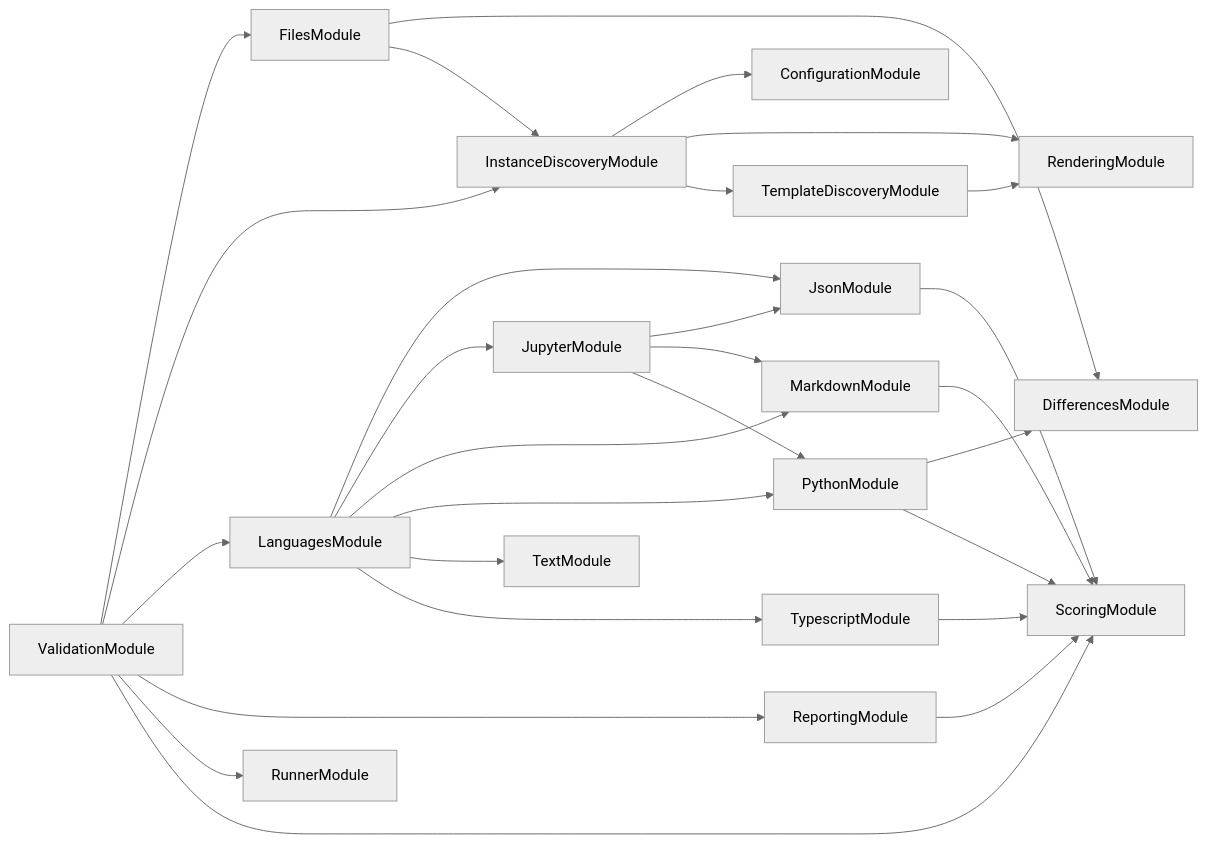
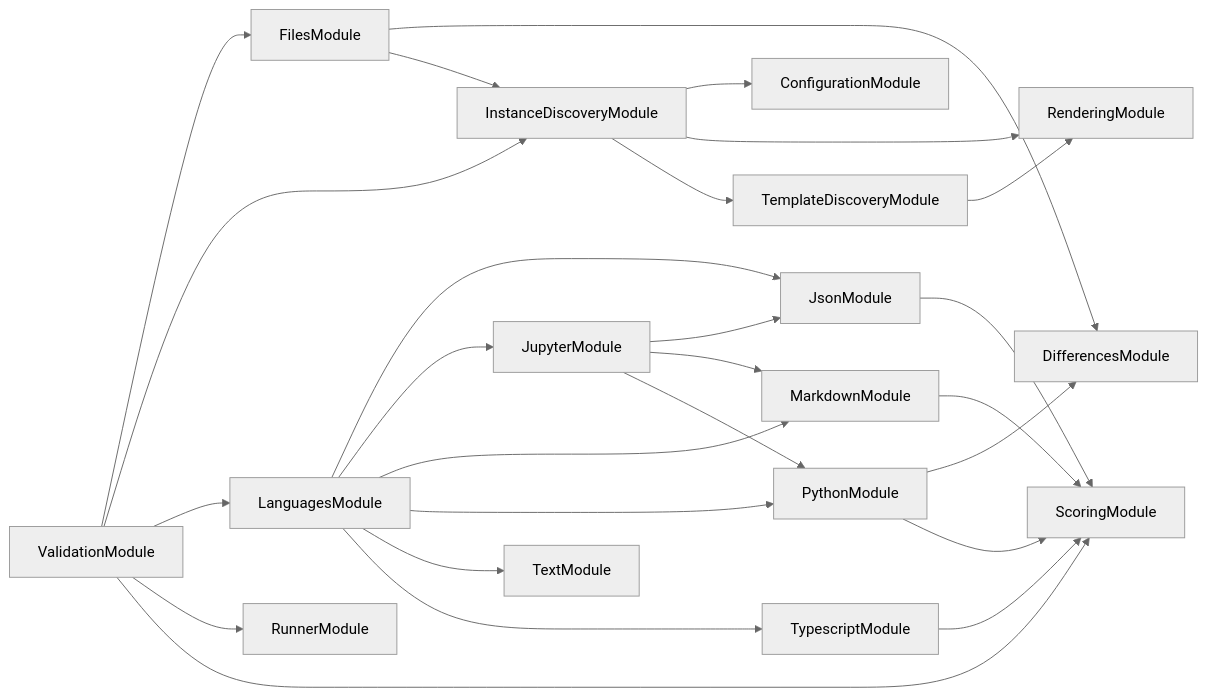
Before and after one commit to JimmyPaolini/codebase: the second of 3 diagrams in packages/ic-suite/conformetry/conformetry-validation/README.md, drawn with Mermaid (neutral theme). The commit also changed other lines of this file and 164 other files, not shown here.

````diff
--- a/packages/ic-suite/conformetry/conformetry-validation/README.md
+++ b/packages/ic-suite/conformetry/conformetry-validation/README.md
@@ -187,47 +189,44 @@
 ```mermaid
 flowchart LR
   ConfigurationModule
   DifferencesModule
   FilesModule
   InstanceDiscoveryModule
   JsonModule
   JupyterModule
   LanguagesModule
   MarkdownModule
   PythonModule
   RenderingModule
-  ReportingModule
   RunnerModule
   ScoringModule
   TemplateDiscoveryModule
   TextModule
   TypescriptModule
   ValidationModule
   FilesModule --> DifferencesModule
   FilesModule --> InstanceDiscoveryModule
   InstanceDiscoveryModule --> ConfigurationModule
   InstanceDiscoveryModule --> RenderingModule
   InstanceDiscoveryModule --> TemplateDiscoveryModule
   JsonModule --> ScoringModule
   JupyterModule --> JsonModule
   JupyterModule --> MarkdownModule
   JupyterModule --> PythonModule
   LanguagesModule --> JsonModule
   LanguagesModule --> JupyterModule
   LanguagesModule --> MarkdownModule
   LanguagesModule --> PythonModule
   LanguagesModule --> TextModule
   LanguagesModule --> TypescriptModule
   MarkdownModule --> ScoringModule
   PythonModule --> DifferencesModule
   PythonModule --> ScoringModule
-  ReportingModule --> ScoringModule
   TemplateDiscoveryModule --> RenderingModule
   TypescriptModule --> ScoringModule
   ValidationModule --> FilesModule
   ValidationModule --> InstanceDiscoveryModule
   ValidationModule --> LanguagesModule
-  ValidationModule --> ReportingModule
   ValidationModule --> RunnerModule
   ValidationModule --> ScoringModule
 ```
````
